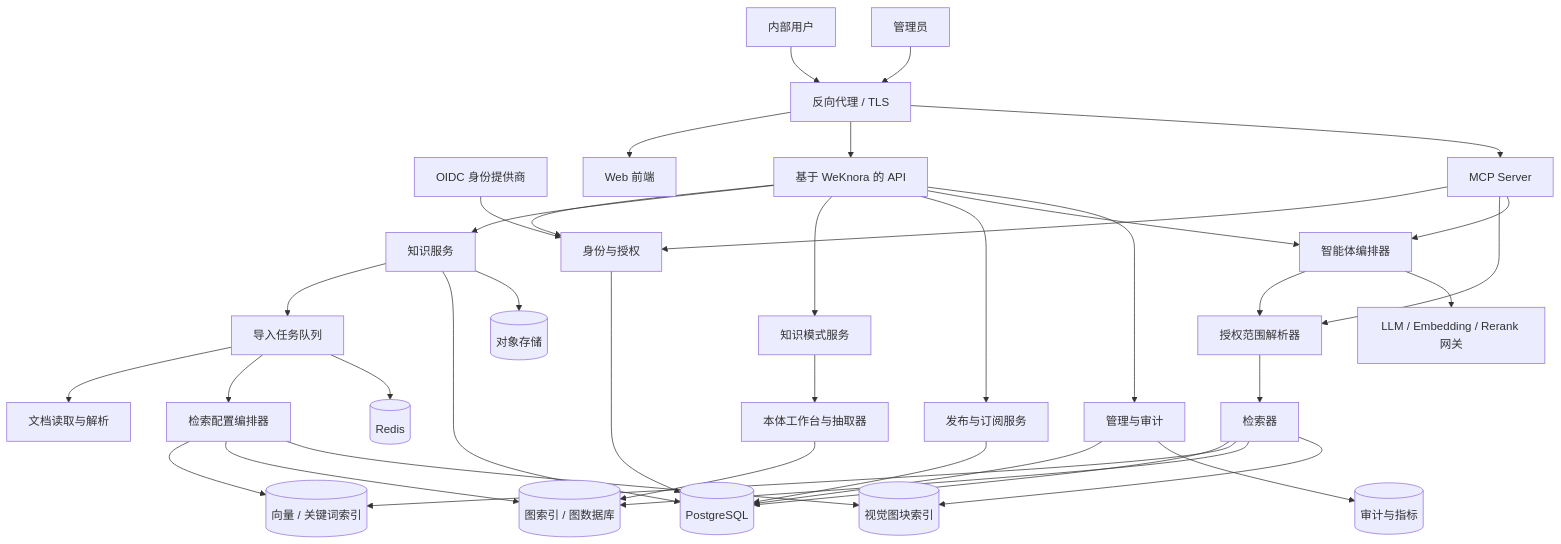
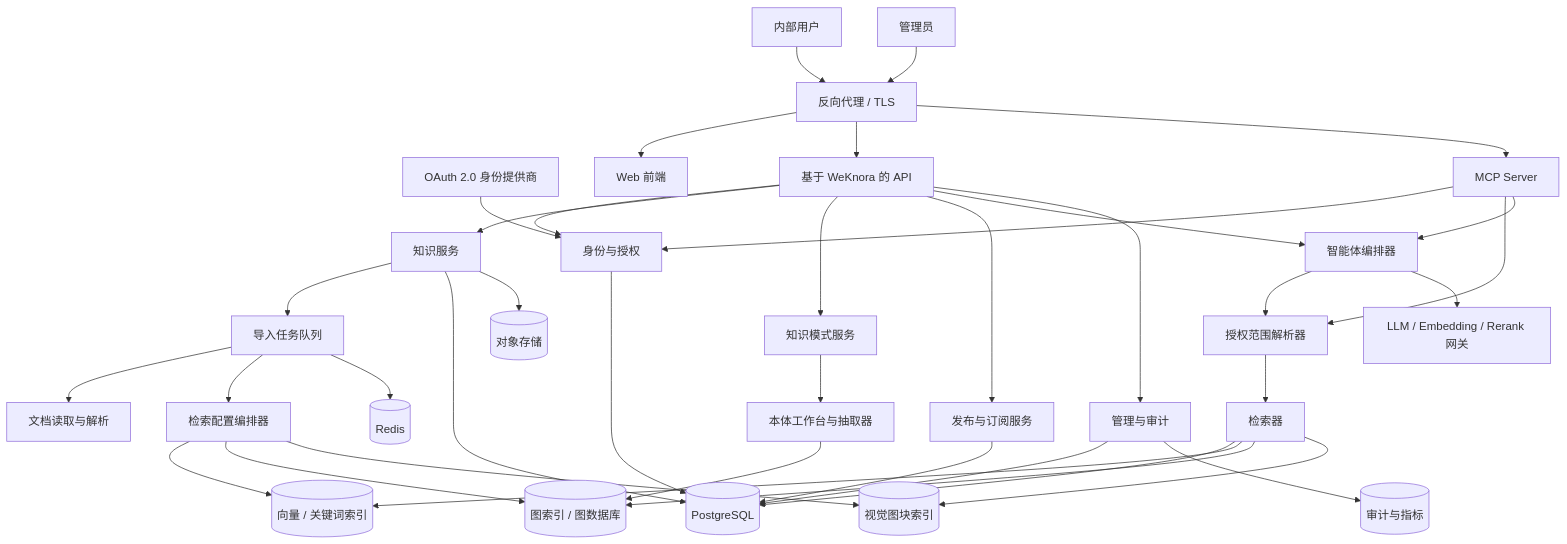
The first of 5 diagrams in docs/OVERALL_DESIGN_ZH.md (gawaineLee77/MyKB), drawn with Mermaid before and after one commit. The commit also changed other lines of this file and 106 other files, not shown here.

````diff
--- a/docs/OVERALL_DESIGN_ZH.md
+++ b/docs/OVERALL_DESIGN_ZH.md
@@ -346,45 +346,45 @@
 ```mermaid
 flowchart TB
     U[内部用户] --> RP[反向代理 / TLS]
     A[管理员] --> RP
-    IDP[OIDC 身份提供商] --> AUTH
+    IDP[OAuth 2.0 身份提供商] --> AUTH
 
     RP --> WEB[Web 前端]
     RP --> API[基于 WeKnora 的 API]
     RP --> MCP[MCP Server]
 
     API --> AUTH[身份与授权]
     API --> KB[知识服务]
     API --> MODE[知识模式服务]
     API --> PUB[发布与订阅服务]
     API --> AGENT[智能体编排器]
     API --> ADMIN[管理与审计]
     MCP --> AUTH
     MCP --> AUTHZ
     MCP --> AGENT
 
     KB --> JOBS[导入任务队列]
     JOBS --> PARSER[文档读取与解析]
     JOBS --> INDEX[检索配置编排器]
     INDEX --> VECTOR
     INDEX --> GRAPH[(图索引 / 图数据库)]
     INDEX --> PIXEL[(视觉图块索引)]
     MODE --> ONTO[本体工作台与抽取器]
     ONTO --> GRAPH
 
     AGENT --> AUTHZ[授权范围解析器]
     AUTHZ --> RETRIEVE[检索器]
     RETRIEVE --> META[(PostgreSQL)]
     RETRIEVE --> VECTOR[(向量 / 关键词索引)]
     RETRIEVE --> GRAPH
     RETRIEVE --> PIXEL
     AGENT --> MODEL[LLM / Embedding / Rerank 网关]
 
     KB --> META
     PUB --> META
     AUTH --> META
     ADMIN --> META
     KB --> OBJECT[(对象存储)]
     JOBS --> REDIS[(Redis)]
     ADMIN --> AUDIT[(审计与指标)]
 ```
````
